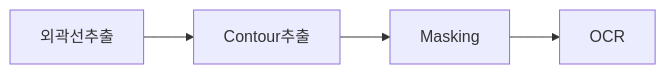
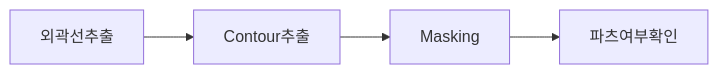
One commit to OmilZomil-OSAM-Hackathon-2022/OmilZomil-NAVYeffect changed the second of 3 diagrams in webrtc/ai/readme.md. Above: the diagram before and after it, drawn with Mermaid. The commit also changed other lines of this file, not shown here.

Commit message:
#1 복장분류 section 설명추가

````diff
--- a/webrtc/ai/readme.md
+++ b/webrtc/ai/readme.md
@@ -100,6 +102,6 @@
 ```mermaid
 
 graph LR
 
-A[외곽선추출] --> B[Contour추출] --> C[Masking] --> D[OCR]
+A[외곽선추출] --> B[Contour추출] --> C[Masking] --> D[파츠여부확인]
 ```
````
